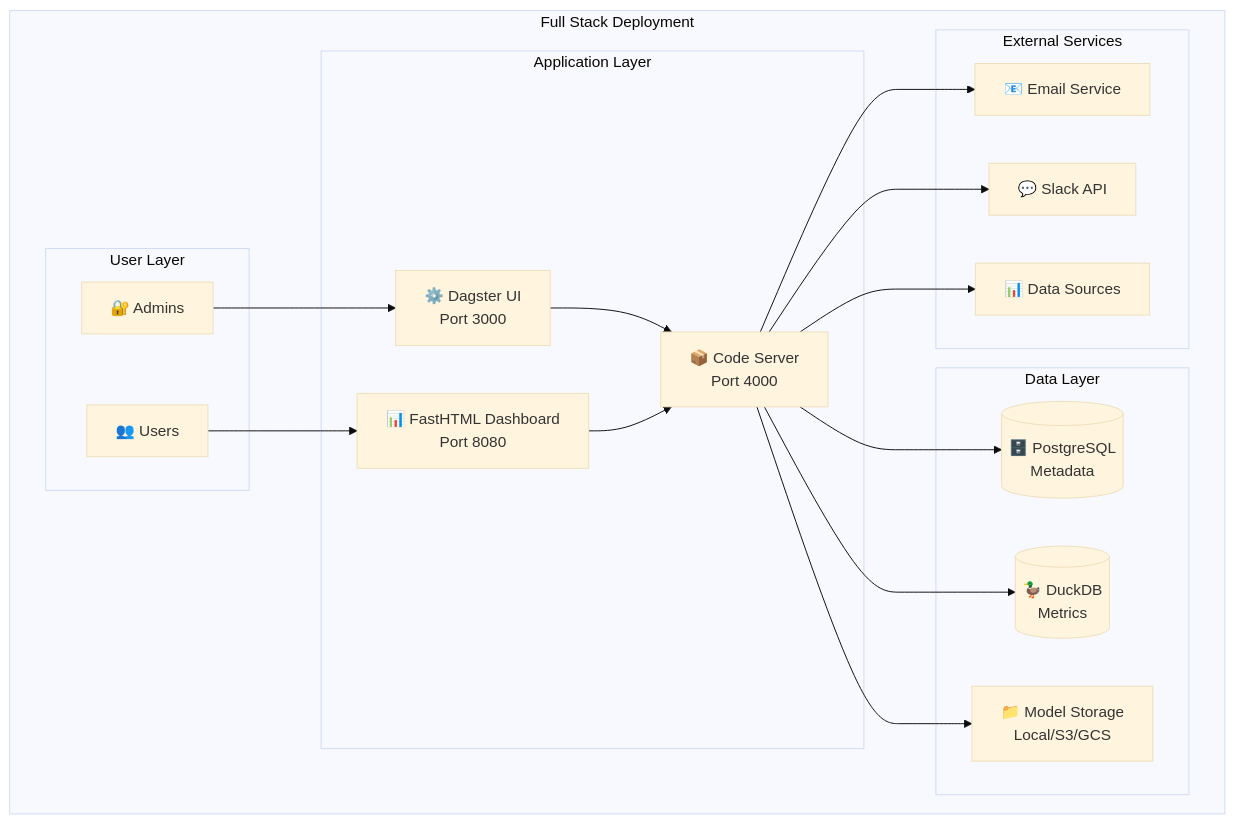
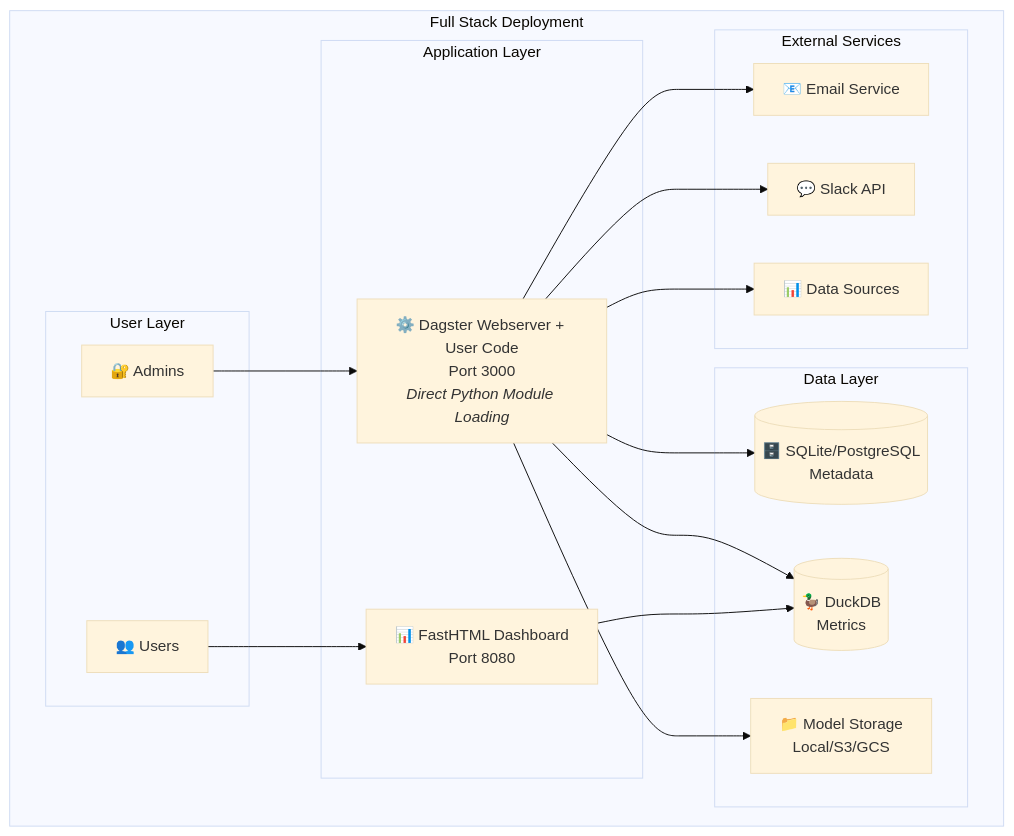
One commit to andrewm4894/anomstack changed the first of 5 diagrams in docs/docs/deployment/overview.md. Above: the diagram before and after it, drawn with Mermaid (base theme). The commit also changed other lines of this file and 1 other file, not shown here.

Commit message:
Update docs site to reflect gRPC-free default architecture
- Remove outdated gRPC Code Server references from architecture diagrams
- Update Fly.io deployment docs to show direct Python module loading
- Remove DAGSTER_CODE_SERVER_HOST from environment variable lists
- Add informational note about architecture simplification in deployment overview
- Maintain backward compatibility information for users who need gRPC

🤖 Generated with [Claude Code](https://claude.ai/code)

````diff
--- a/docs/docs/deployment/overview.md
+++ b/docs/docs/deployment/overview.md
@@ -15,38 +21,36 @@
 ```mermaid
 graph TB
     subgraph "Full Stack Deployment"
         subgraph "User Layer"
             USERS[👥 Users]
             ADMIN[🔐 Admins]
         end
 
         subgraph "Application Layer"
             DASH[📊 FastHTML Dashboard<br/>Port 8080]
-            DAGSTER[⚙️ Dagster UI<br/>Port 3000]
-            CODE[📦 Code Server<br/>Port 4000]
+            DAGSTER[⚙️ Dagster Webserver + User Code<br/>Port 3000<br/><i>Direct Python Module Loading</i>]
         end
 
         subgraph "Data Layer"
-            DB[(🗄️ PostgreSQL<br/>Metadata)]
+            DB[(🗄️ SQLite/PostgreSQL<br/>Metadata)]
             DUCKDB[(🦆 DuckDB<br/>Metrics)]
             MODELS[📁 Model Storage<br/>Local/S3/GCS]
         end
 
         subgraph "External Services"
             EMAIL[📧 Email Service]
             SLACK[💬 Slack API]
             SOURCES[📊 Data Sources]
         end
     end
 
     USERS --> DASH
     ADMIN --> DAGSTER
-    DAGSTER --> CODE
-    DASH --> CODE
-    CODE --> DB
-    CODE --> DUCKDB
-    CODE --> MODELS
-    CODE --> EMAIL
-    CODE --> SLACK
-    CODE --> SOURCES
+    DAGSTER --> DB
+    DAGSTER --> DUCKDB
+    DAGSTER --> MODELS
+    DAGSTER --> EMAIL
+    DAGSTER --> SLACK
+    DAGSTER --> SOURCES
+    DASH --> DUCKDB
 ```
````
